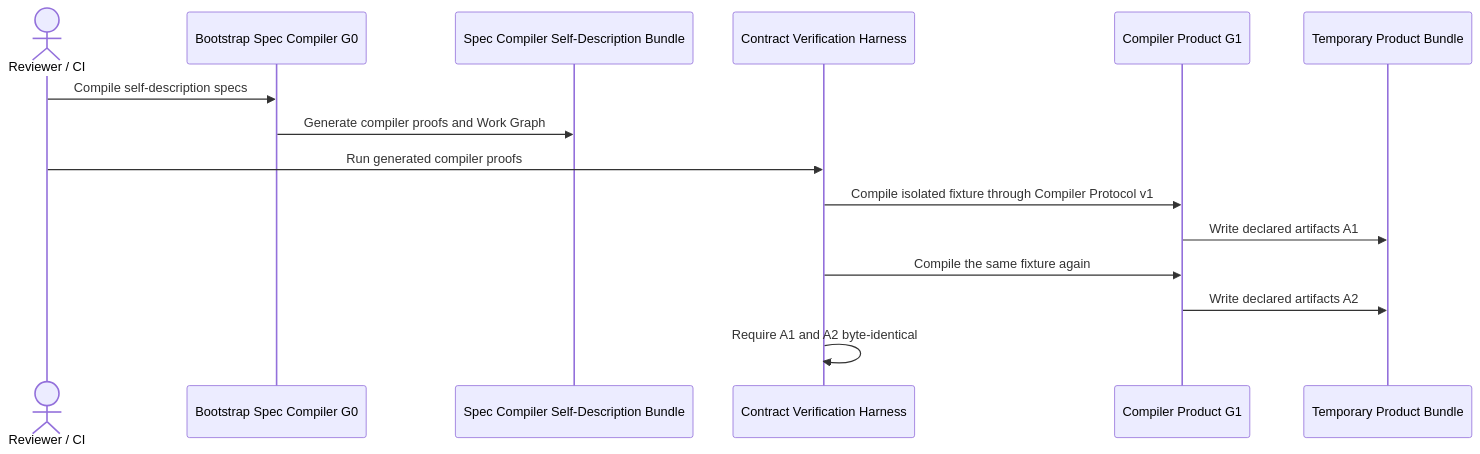
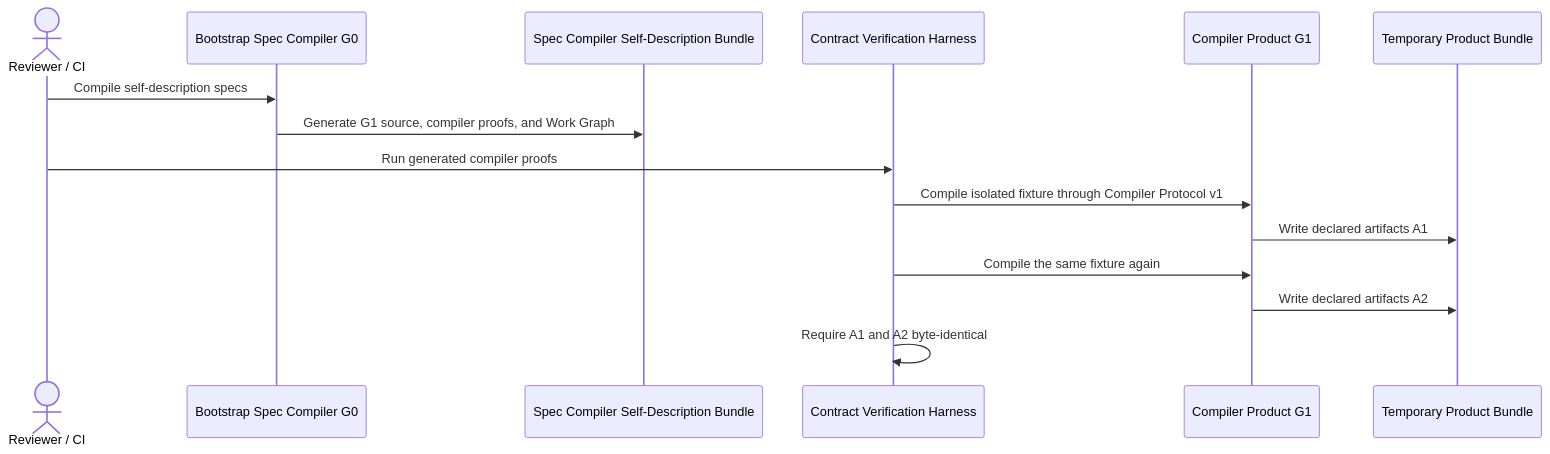
The third of 5 diagrams in docs/architecture/arc42.md (arturmiller/spec-compiler), drawn with Mermaid before and after one commit. The commit also changed other lines of this file and 26 other files, not shown here.

````diff
--- a/docs/architecture/arc42.md
+++ b/docs/architecture/arc42.md
@@ -253,18 +253,18 @@
 ```mermaid
 sequenceDiagram
     actor Operator as Reviewer / CI
     participant G0 as Bootstrap Spec Compiler G0
     participant Self as Spec Compiler Self-Description Bundle
     participant Harness as Contract Verification Harness
     participant G1 as Compiler Product G1
     participant Fixture as Temporary Product Bundle
 
     Operator->>G0: Compile self-description specs
-    G0->>Self: Generate compiler proofs and Work Graph
+    G0->>Self: Generate G1 source, compiler proofs, and Work Graph
     Operator->>Harness: Run generated compiler proofs
     Harness->>G1: Compile isolated fixture through Compiler Protocol v1
     G1->>Fixture: Write declared artifacts A1
     Harness->>G1: Compile the same fixture again
     G1->>Fixture: Write declared artifacts A2
     Harness->>Harness: Require A1 and A2 byte-identical
 ```
````
